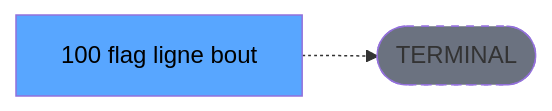
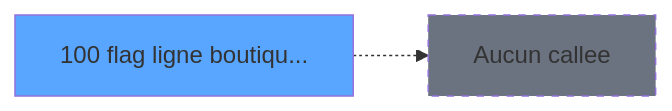
Before and after one commit to thonyAGP/magic-migration: the third of 3 diagrams in .openspec/specs/ADH-IDE-100.md, drawn with Mermaid. The commit also changed other lines of this file and 253 other files, not shown here.

````diff
--- a/.openspec/specs/ADH-IDE-100.md
+++ b/.openspec/specs/ADH-IDE-100.md
@@ -134,8 +187,8 @@
 ```mermaid
 graph LR
-    T[100 flag ligne bout]
-    TERM([TERMINAL])
-    T -.-> TERM
-    style TERM fill:#6b7280,stroke-dasharray: 5 5
-    style T fill:#58a6ff,color:#000
+    T100[100 flag ligne boutiqu...]
+    style T100 fill:#58a6ff
+    NONE[Aucun callee]
+    T100 -.-> NONE
+    style NONE fill:#6b7280,stroke-dasharray: 5 5
 ```
````
